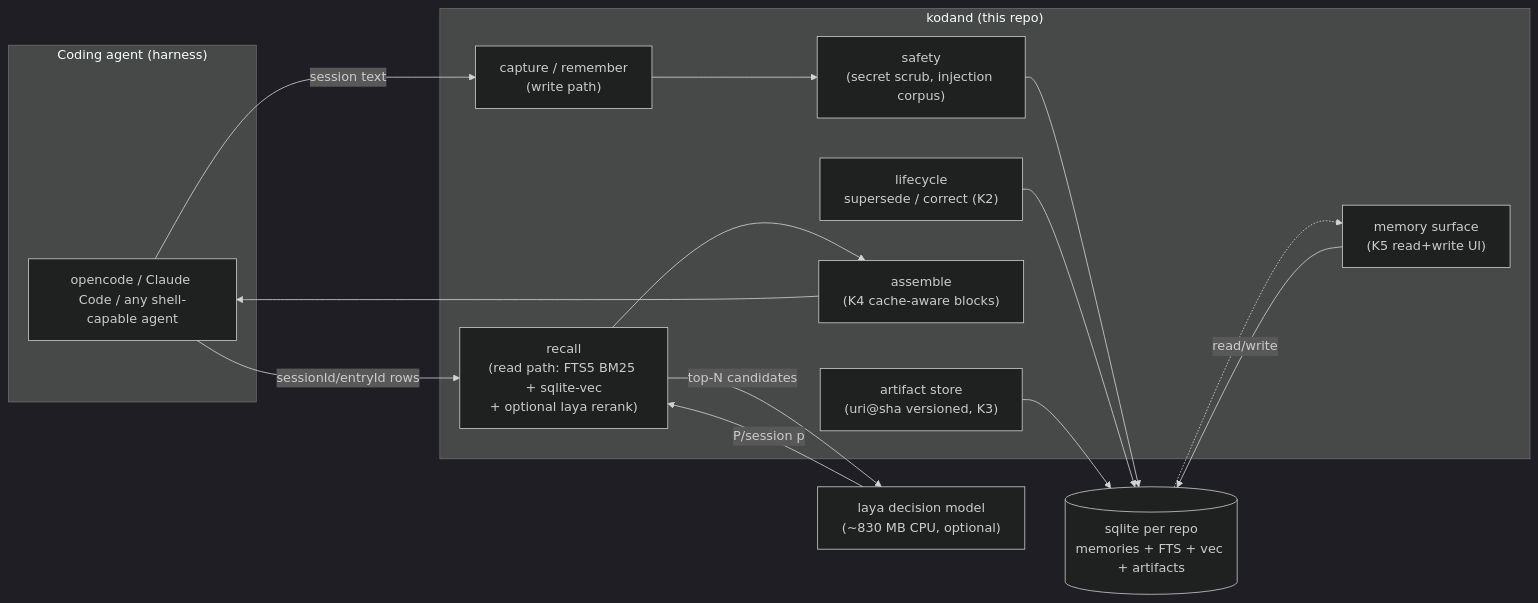
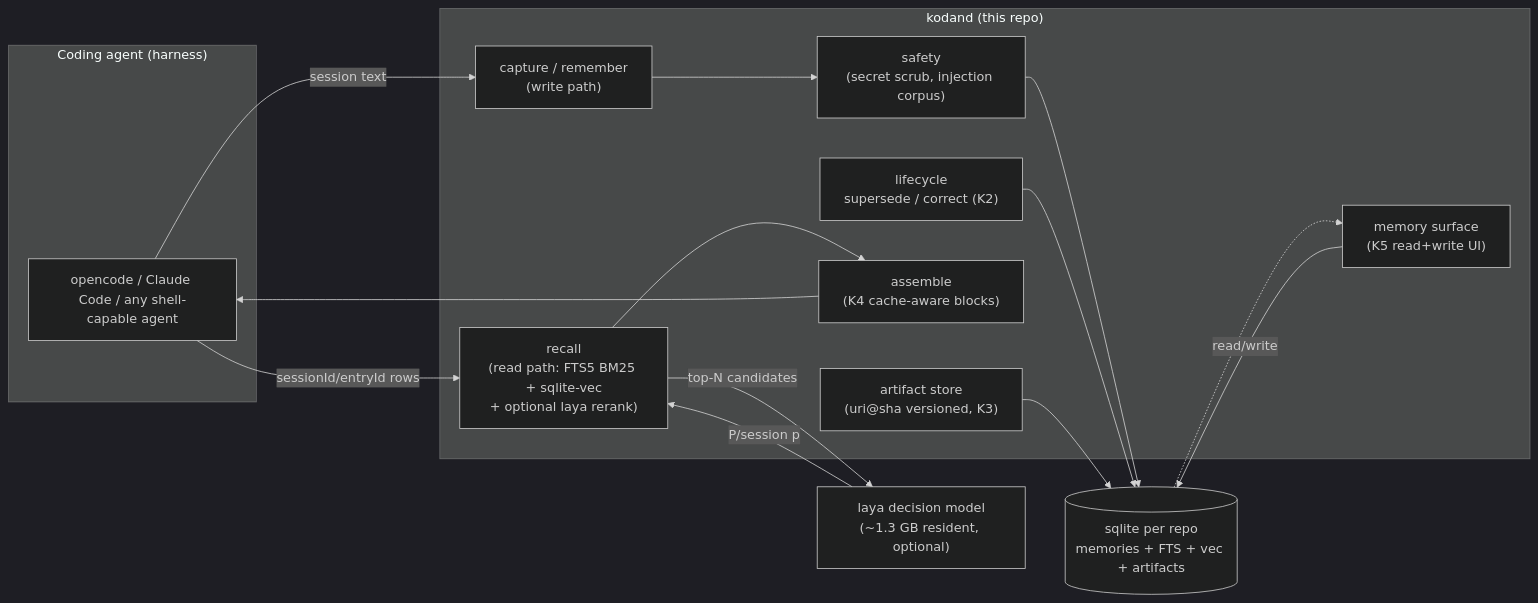
The first of 3 diagrams in docs/HLD.md (rajat397/kodand), drawn with Mermaid (dark theme) before and after one commit. The commit also changed other lines of this file and 5 other files, not shown here.

````diff
--- a/docs/HLD.md
+++ b/docs/HLD.md
@@ -16,26 +16,26 @@
 ```mermaid
 flowchart LR
   subgraph Harness["Coding agent (harness)"]
     A1[opencode / Claude Code / any shell-capable agent]
   end
   subgraph Kodand["kodand (this repo)"]
     C1["capture / remember<br/>(write path)"]
     R1["recall<br/>(read path: FTS5 BM25 + sqlite-vec<br/>+ optional laya rerank)"]
     L1["lifecycle<br/>supersede / correct (K2)"]
     ART["artifact store<br/>(uri@sha versioned, K3)"]
     ASM["assemble<br/>(K4 cache-aware blocks)"]
     UI["memory surface<br/>(K5 read+write UI)"]
     SAFE["safety<br/>(secret scrub, injection corpus)"]
   end
   M1[("sqlite per repo<br/>memories + FTS + vec + artifacts")]
-  MD["laya decision model<br/>(~830 MB CPU, optional)"]
+  MD["laya decision model<br/>(~1.3 GB resident, optional)"]
   A1 -- "sessionId/entryId rows" --> R1
   A1 -- "session text" --> C1
   C1 --> SAFE --> M1
   L1 --> M1
   ART --> M1
   UI -- read/write --> M1
   R1 -- "top-N candidates" --> MD -- "P/session p" --> R1
   R1 --> ASM --> A1
   M1 -.-> UI
 ```
````
